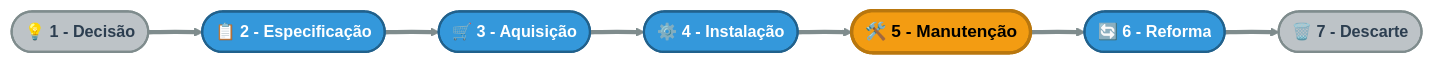
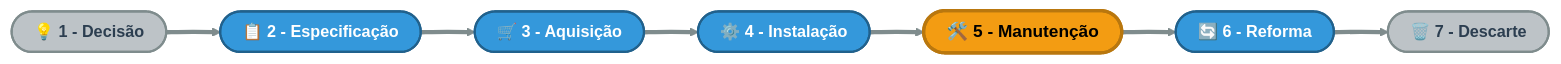
The ninth of 11 diagrams in chapters/cap2-modelos-gestao.qmd (rafasfer2/MiningAnalyticsBook), drawn with Mermaid before and after one commit. The commit also changed other lines of this file and 2 other files, not shown here.

Commit message:
Cap2: atualizar MASP/PDCA e incluir exercicio de retrabalho

````diff
--- a/chapters/cap2-modelos-gestao.qmd
+++ b/chapters/cap2-modelos-gestao.qmd
@@ -1104,33 +1196,36 @@
 ```{mermaid}
+%%| label: fig-ciclo-vida-ativo
+%%| fig-cap: "Ciclo de Vida do Ativo e Fases da Manutenção"
+
 flowchart LR
 
     %% --- CONFIGURAÇÃO DE ESTILOS ---
     %% Estilo para o Início e Fim (Limites do Ciclo)
     classDef boundary fill:#bdc3c7,stroke:#7f8c8d,stroke-width:2px,color:#2c3e50,font-size:15px,font-weight:bold
 
     %% Estilo Padrão para etapas de Engenharia/Suprimentos
     classDef standard fill:#3498db,stroke:#21618c,stroke-width:2px,color:#ffffff,font-size:15px,font-weight:bold
 
     %% Estilo de Destaque para a Manutenção (A fase mais longa e crítica)
     classDef highlight fill:#f39c12,stroke:#b9770e,stroke-width:3px,color:#000000,font-size:16px,font-weight:bold
 
-    %% --- ESTRUTURA DOS NÓS (Formato de Jornada) ---
-    S1(["💡 1 - Decisão"])
-    S2(["📋 2 - Especificação"])
-    S3(["🛒 3 - Aquisição"])
-    S4(["⚙️ 4 - Instalação"])
-    S5(["🛠️ 5 - Manutenção"])
-    S6(["🔄 6 - Reforma"])
-    S7(["🗑️ 7 - Descarte"])
+    %% --- ESTRUTURA DOS NÓS (Adicionado &nbsp; para evitar esmagamento) ---
+    S1(["&nbsp;&nbsp;💡 1 - Decisão&nbsp;&nbsp;"])
+    S2(["&nbsp;&nbsp;📋 2 - Especificação&nbsp;&nbsp;"])
+    S3(["&nbsp;&nbsp;🛒 3 - Aquisição&nbsp;&nbsp;"])
+    S4(["&nbsp;&nbsp;⚙️ 4 - Instalação&nbsp;&nbsp;"])
+    S5(["&nbsp;&nbsp;🛠️ 5 - Manutenção&nbsp;&nbsp;"])
+    S6(["&nbsp;&nbsp;🔄 6 - Reforma&nbsp;&nbsp;"])
+    S7(["&nbsp;&nbsp;🗑️ 7 - Descarte&nbsp;&nbsp;"])
 
     %% --- CONEXÕES (A linha do tempo) ---
     S1 ==> S2 ==> S3 ==> S4 ==> S5 ==> S6 ==> S7
 
     %% Engrossando a linha direcional para dar peso ao ciclo
     linkStyle default stroke:#7f8c8d,stroke-width:4px
 
     %% --- APLICAÇÃO DOS ESTILOS ---
     class S1,S7 boundary;
     class S2,S3,S4,S6 standard;
     class S5 highlight;
 ```
````
